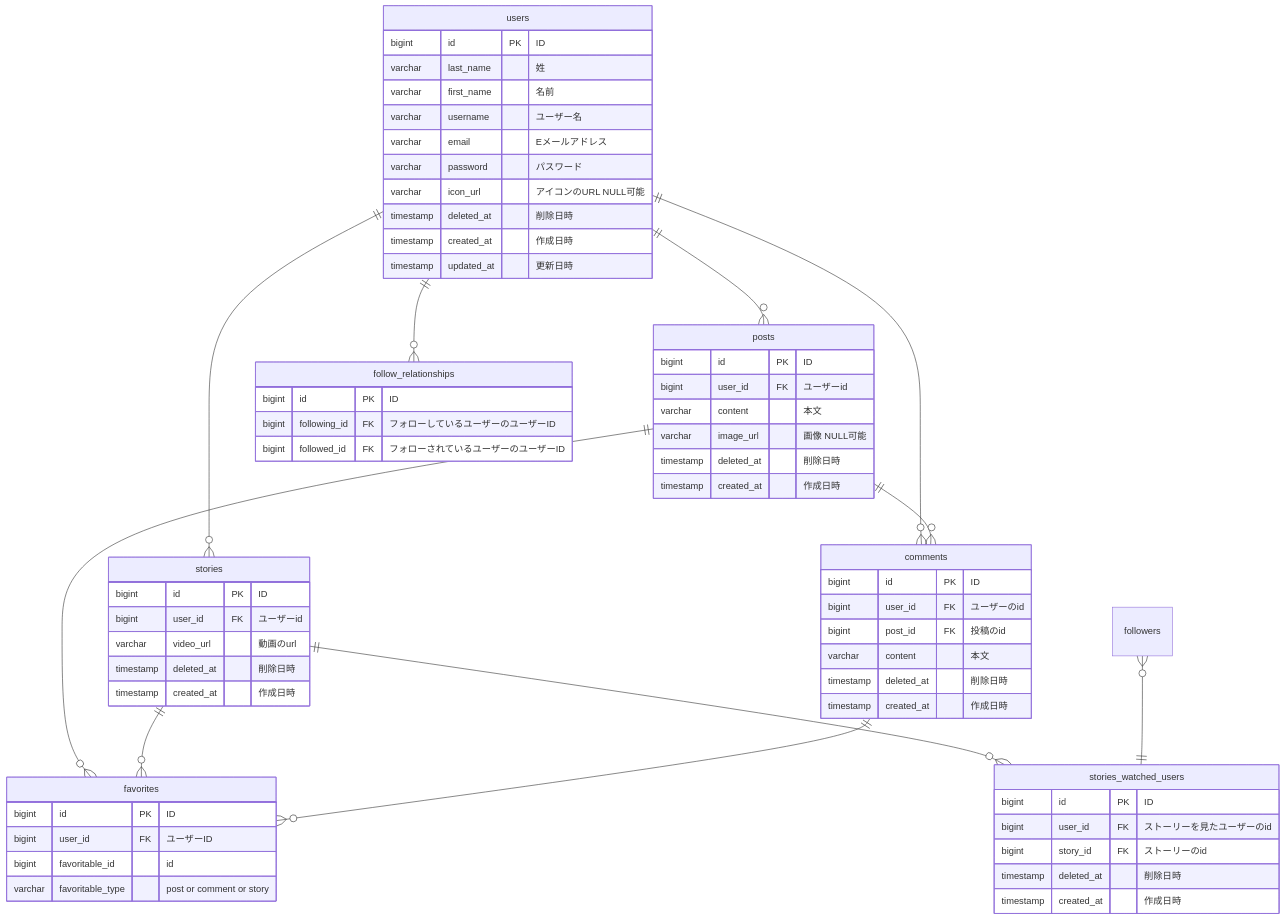
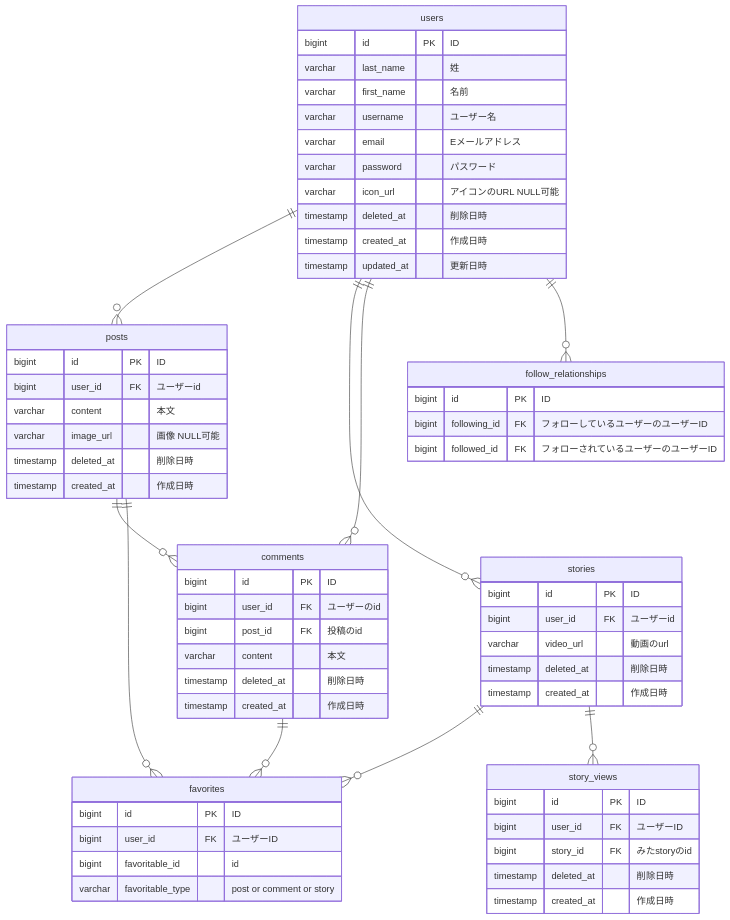
Before and after one commit to StoryEdutech/study_repo: the diagram in kinoshita/pracitce-erd/ER図.md, drawn with Mermaid.

Commit message:
storyを見た人 story_views

````diff
--- a/kinoshita/pracitce-erd/ER図.md
+++ b/kinoshita/pracitce-erd/ER図.md
@@ -1,78 +1,75 @@
 ```mermaid
 erDiagram
     users ||--o{ posts : ""
     users ||--o{ stories : ""
     users ||--o{ comments : ""
     users ||--o{ follow_relationships : ""
 
     posts ||--o{ comments : ""
 
     posts ||--o{ favorites : ""
     stories ||--o{ favorites : ""
     comments ||--o{ favorites : ""
 
-    stories ||--o{ stories_watched_users : ""
-
-    followers }o--|| stories_watched_users : ""
-
+    stories ||--o{ story_views : ""
 
     users {
       bigint id PK "ID"
       varchar last_name "姓"
       varchar first_name "名前"
       varchar username "ユーザー名"
       varchar email "Eメールアドレス"
       varchar password "パスワード"
       varchar icon_url "アイコンのURL NULL可能"
       timestamp deleted_at "削除日時"
       timestamp created_at "作成日時"
       timestamp updated_at "更新日時"
     }
 
     follow_relationships {
       bigint id PK "ID"
       bigint following_id FK "フォローしているユーザーのユーザーID"
       bigint followed_id FK "フォローされているユーザーのユーザーID"
     }
 
     posts {
       bigint id PK "ID"
       bigint user_id FK "ユーザーid"
       varchar content "本文"
       varchar image_url "画像 NULL可能"
       timestamp deleted_at "削除日時"
       timestamp created_at "作成日時"
     }
 
     comments {
       bigint id PK "ID"
       bigint user_id FK "ユーザーのid"
       bigint post_id FK "投稿のid"
       varchar content "本文"
       timestamp deleted_at "削除日時"
       timestamp created_at "作成日時"
     }
 
     stories {
       bigint id PK "ID"
       bigint user_id FK "ユーザーid"
       varchar video_url "動画のurl"
       timestamp deleted_at "削除日時"
       timestamp created_at "作成日時"
     }
 
     favorites {
       bigint id PK "ID"
       bigint user_id FK "ユーザーID"
       bigint favoritable_id "id"
       varchar favoritable_type "post or comment or story"
     }
 
-    stories_watched_users {
+    story_views {
       bigint id PK "ID"
-      bigint user_id FK "ストーリーを見たユーザーのid"
-      bigint story_id FK "ストーリーのid"
+      bigint user_id FK "ユーザーID"
+      bigint story_id FK "みたstoryのid"
       timestamp deleted_at "削除日時"
       timestamp created_at "作成日時"
     }
 ```
````
